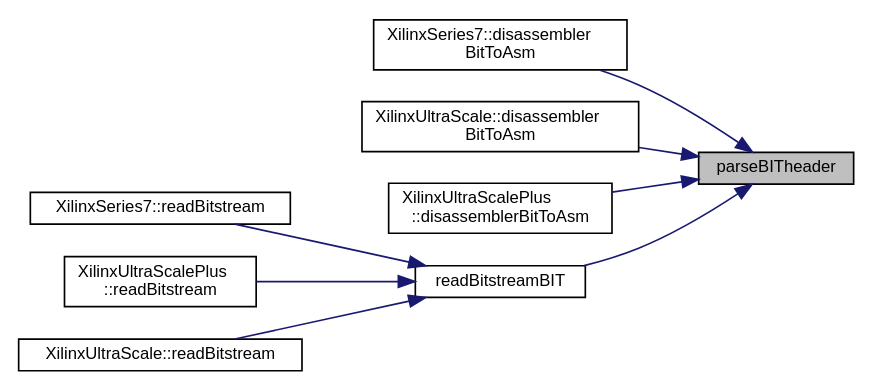
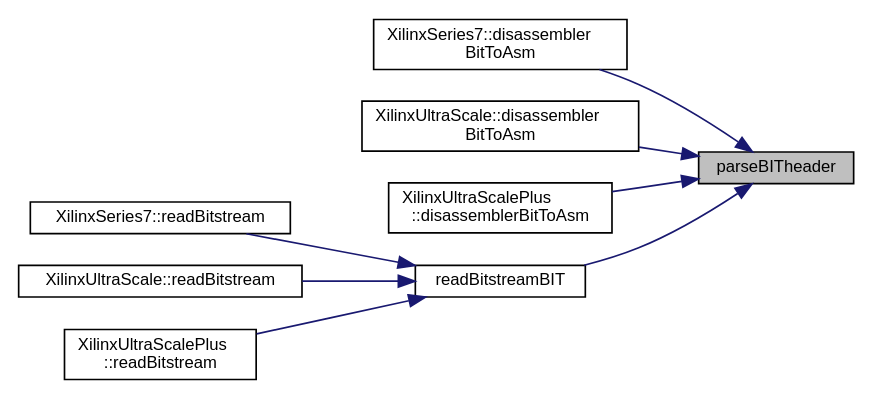
The diagram in inlineInput_8h_ac0e8d10f67fbe4b89886a2f5be7c690c_icgraph.dot (FPGA-Research-Manchester/byteman), drawn with Graphviz before and after one commit. The commit also changed 361 other files, not shown here.

```diff
--- a/inlineInput_8h_ac0e8d10f67fbe4b89886a2f5be7c690c_icgraph.dot
+++ b/inlineInput_8h_ac0e8d10f67fbe4b89886a2f5be7c690c_icgraph.dot
@@ -1,23 +1,23 @@
 digraph "parseBITheader"
 {
  // INTERACTIVE_SVG=YES
  // LATEX_PDF_SIZE
   edge [fontname="Helvetica",fontsize="10",labelfontname="Helvetica",labelfontsize="10"];
   node [fontname="Helvetica",fontsize="10",shape=record];
   rankdir="RL";
   Node1 [label="parseBITheader",height=0.2,width=0.4,color="black", fillcolor="grey75", style="filled", fontcolor="black",tooltip=" "];
   Node1 -> Node2 [dir="back",color="midnightblue",fontsize="10",style="solid",fontname="Helvetica"];
   Node2 [label="XilinxSeries7::disassembler\lBitToAsm",height=0.2,width=0.4,color="black", fillcolor="white", style="filled",URL="$classXilinxSeries7.html#a4239ae4d300adffe6005349f64d8e6ff",tooltip=" "];
   Node1 -> Node3 [dir="back",color="midnightblue",fontsize="10",style="solid",fontname="Helvetica"];
   Node3 [label="XilinxUltraScale::disassembler\lBitToAsm",height=0.2,width=0.4,color="black", fillcolor="white", style="filled",URL="$classXilinxUltraScale.html#a1e74fd2f5f3122339373ac7e571c0743",tooltip=" "];
   Node1 -> Node4 [dir="back",color="midnightblue",fontsize="10",style="solid",fontname="Helvetica"];
   Node4 [label="XilinxUltraScalePlus\l::disassemblerBitToAsm",height=0.2,width=0.4,color="black", fillcolor="white", style="filled",URL="$classXilinxUltraScalePlus.html#a54f9af4b6723a99c0b9e8e9c9b424d00",tooltip=" "];
   Node1 -> Node5 [dir="back",color="midnightblue",fontsize="10",style="solid",fontname="Helvetica"];
   Node5 [label="readBitstreamBIT",height=0.2,width=0.4,color="black", fillcolor="white", style="filled",URL="$inlineInput_8h.html#a2015af67475241b52cb4fdd54ab6577e",tooltip=" "];
   Node5 -> Node6 [dir="back",color="midnightblue",fontsize="10",style="solid",fontname="Helvetica"];
   Node6 [label="XilinxSeries7::readBitstream",height=0.2,width=0.4,color="black", fillcolor="white", style="filled",URL="$classXilinxSeries7.html#a81a5d771b3230f2442613574c522f7c8",tooltip=" "];
   Node5 -> Node7 [dir="back",color="midnightblue",fontsize="10",style="solid",fontname="Helvetica"];
-  Node7 [label="XilinxUltraScalePlus\l::readBitstream",height=0.2,width=0.4,color="black", fillcolor="white", style="filled",URL="$classXilinxUltraScalePlus.html#a0e5d08a2e5c37a29a1a04d50b48739d2",tooltip=" "];
+  Node7 [label="XilinxUltraScale::readBitstream",height=0.2,width=0.4,color="black", fillcolor="white", style="filled",URL="$classXilinxUltraScale.html#a8d9e8e7846e7af191060d73b21024d8a",tooltip=" "];
   Node5 -> Node8 [dir="back",color="midnightblue",fontsize="10",style="solid",fontname="Helvetica"];
-  Node8 [label="XilinxUltraScale::readBitstream",height=0.2,width=0.4,color="black", fillcolor="white", style="filled",URL="$classXilinxUltraScale.html#a8d9e8e7846e7af191060d73b21024d8a",tooltip=" "];
+  Node8 [label="XilinxUltraScalePlus\l::readBitstream",height=0.2,width=0.4,color="black", fillcolor="white", style="filled",URL="$classXilinxUltraScalePlus.html#a0e5d08a2e5c37a29a1a04d50b48739d2",tooltip=" "];
 }
```
